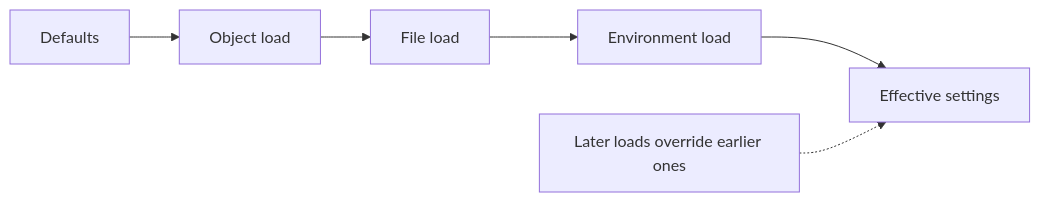
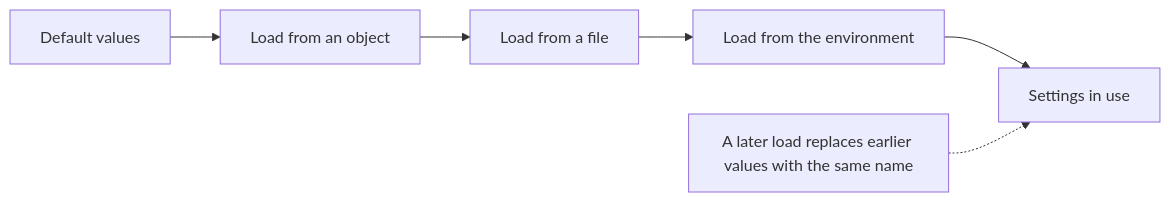
The third of 3 diagrams in docs/examples/flask/.cluedoc/configuration/README.md (KeunwooPark/cluedoc), drawn with Mermaid before and after one commit. The commit also changed other lines of this file and 22 other files, not shown here.

````diff
--- a/docs/examples/flask/.cluedoc/configuration/README.md
+++ b/docs/examples/flask/.cluedoc/configuration/README.md
@@ -69,5 +91,5 @@
 ```mermaid
 flowchart LR
-    BASE[Defaults] --> L1[Object load] --> L2[File load] --> L3[Environment load] --> FINAL[Effective settings]
-    NOTE[Later loads override earlier ones] -.-> FINAL
+    BASE["Default values"] --> L1["Load from an object"] --> L2["Load from a file"] --> L3["Load from the environment"] --> FINAL["Settings in use"]
+    NOTE["A later load replaces earlier values with the same name"] -.-> FINAL
 ```
````
